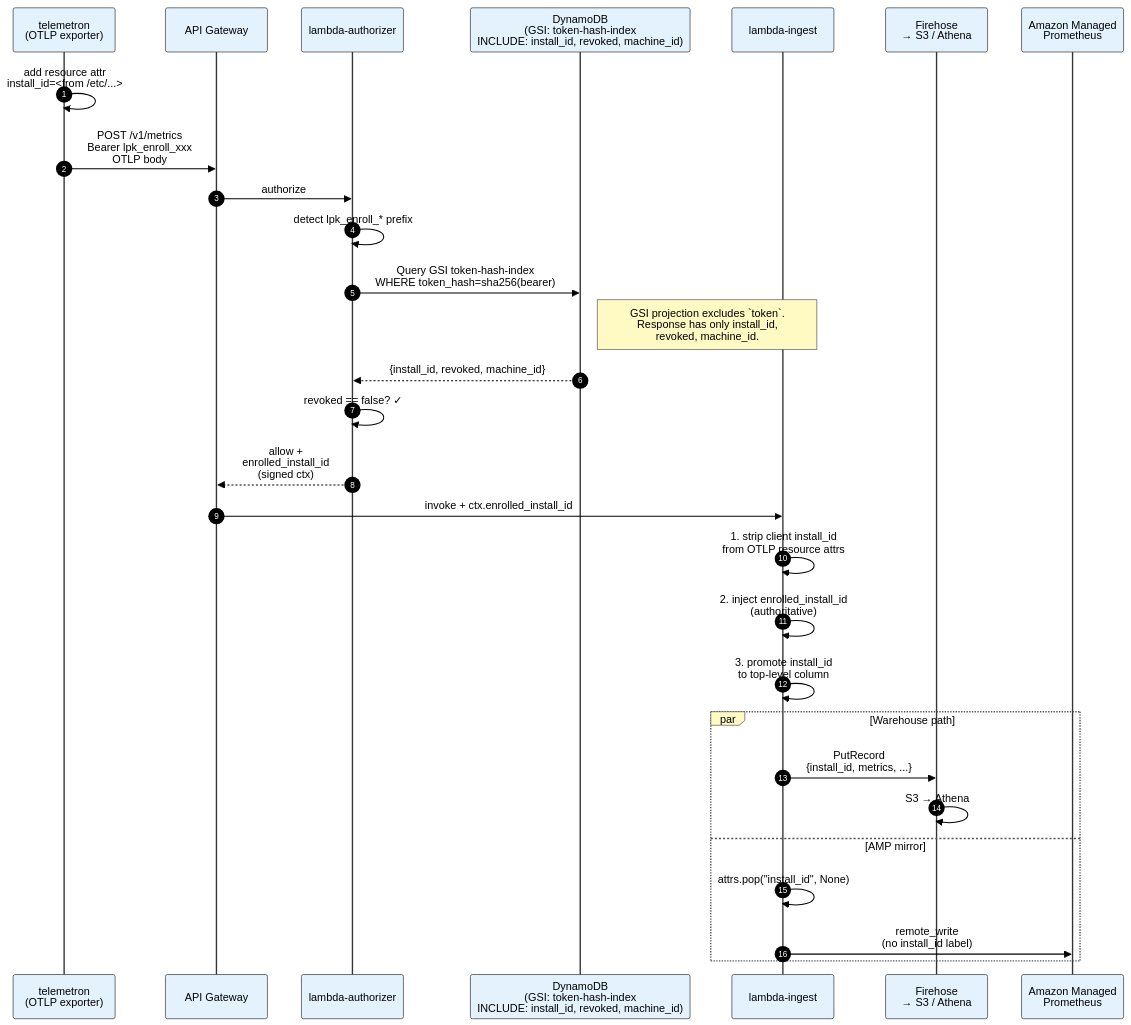
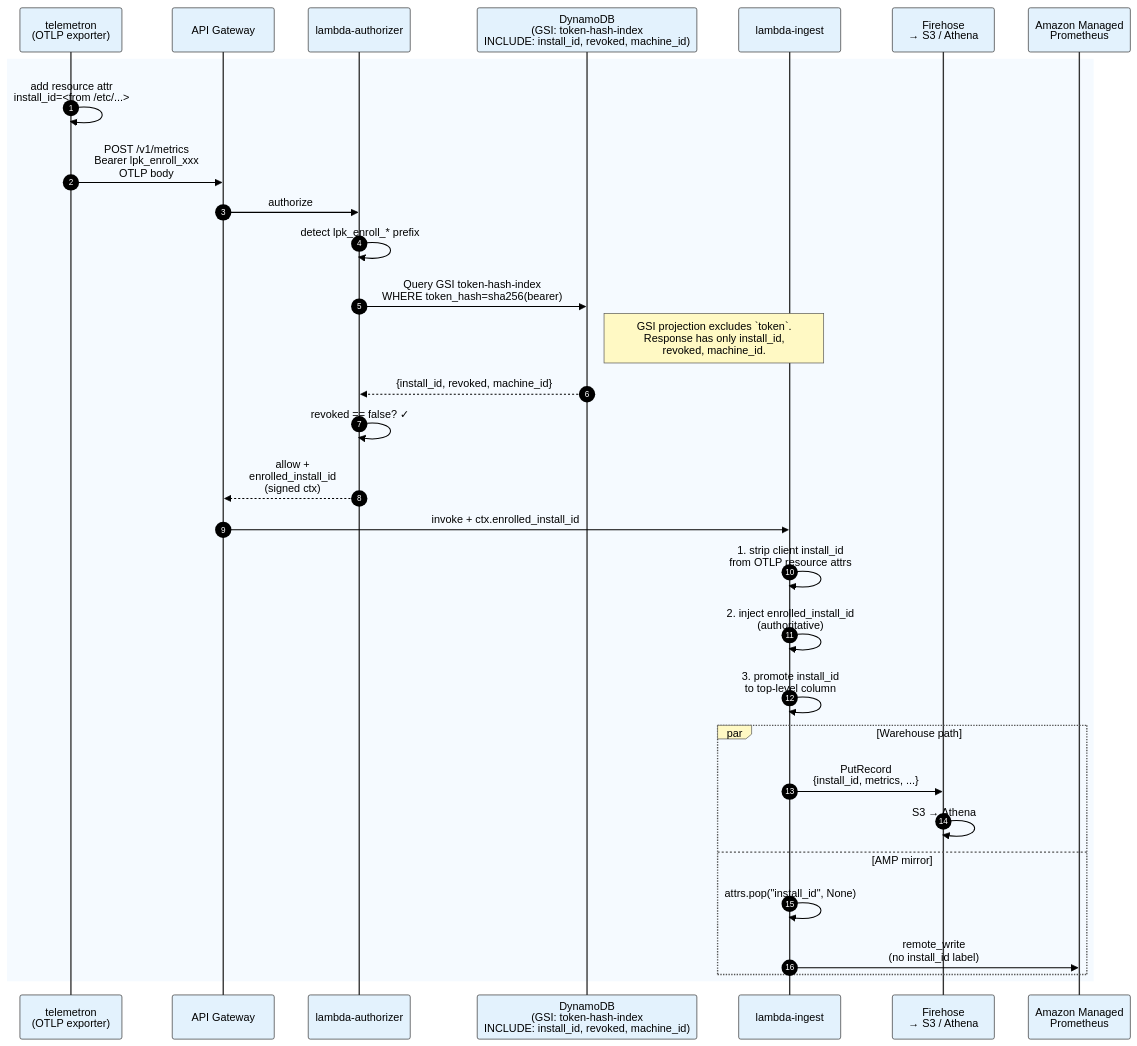
Before and after one commit to inceptionstack/telemetron: the second of 5 diagrams in docs/telemetron-enrollment-architecture-v0.3.0.md, drawn with Mermaid.

Commit message:
docs(v0.3.0): add light rect wrapper to diagram 2 (metrics flush)
Only rect blocks paint a solid background behind sequence diagram content.
Diagram 2 had no rect, so on GitHub dark theme the canvas stayed dark and
the black text was unreadable. Wrapped the full flow in a light blue rect.

````diff
--- a/docs/telemetron-enrollment-architecture-v0.3.0.md
+++ b/docs/telemetron-enrollment-architecture-v0.3.0.md
@@ -63,35 +63,37 @@
 ```mermaid
 %%{init: {'theme':'neutral','themeVariables':{'background':'#ffffff','primaryColor':'#f5f5f5','primaryTextColor':'#000000','primaryBorderColor':'#333333','lineColor':'#333333','secondaryColor':'#e8e8e8','tertiaryColor':'#fafafa','noteTextColor':'#000000','noteBkgColor':'#fff9c4','noteBorderColor':'#555555','actorTextColor':'#000000','actorBkg':'#e3f2fd','actorBorder':'#333333','actorLineColor':'#333333','signalColor':'#000000','signalTextColor':'#000000','labelTextColor':'#000000','labelBoxBkgColor':'#fff9c4','labelBoxBorderColor':'#555555','loopTextColor':'#000000','activationBorderColor':'#333333','activationBkgColor':'#eeeeee','sequenceNumberColor':'#ffffff'}}}%%
 sequenceDiagram
     autonumber
     participant TX as telemetron<br/>(OTLP exporter)
     participant AGW as API Gateway
     participant AUTH as lambda-authorizer
     participant DDB as DynamoDB<br/>(GSI: token-hash-index<br/>INCLUDE: install_id, revoked, machine_id)
     participant LI as lambda-ingest
     participant FH as Firehose<br/>→ S3 / Athena
     participant AMP as Amazon Managed<br/>Prometheus
 
+    rect rgb(245, 250, 255)
     TX->>TX: add resource attr<br/>install_id=<from /etc/...>
     TX->>AGW: POST /v1/metrics<br/>Bearer lpk_enroll_xxx<br/>OTLP body
     AGW->>AUTH: authorize
     AUTH->>AUTH: detect lpk_enroll_* prefix
     AUTH->>DDB: Query GSI token-hash-index<br/>WHERE token_hash=sha256(bearer)
     Note right of DDB: GSI projection excludes `token`.<br/>Response has only install_id,<br/>revoked, machine_id.
     DDB-->>AUTH: {install_id, revoked, machine_id}
     AUTH->>AUTH: revoked == false? ✓
     AUTH-->>AGW: allow +<br/>enrolled_install_id<br/>(signed ctx)
 
     AGW->>LI: invoke + ctx.enrolled_install_id
     LI->>LI: 1. strip client install_id<br/>from OTLP resource attrs
     LI->>LI: 2. inject enrolled_install_id<br/>(authoritative)
     LI->>LI: 3. promote install_id<br/>to top-level column
 
     par Warehouse path
       LI->>FH: PutRecord<br/>{install_id, metrics, ...}
       FH->>FH: S3 → Athena
     and AMP mirror
       LI->>LI: attrs.pop("install_id", None)
       LI->>AMP: remote_write<br/>(no install_id label)
     end
+    end
 ```
````
